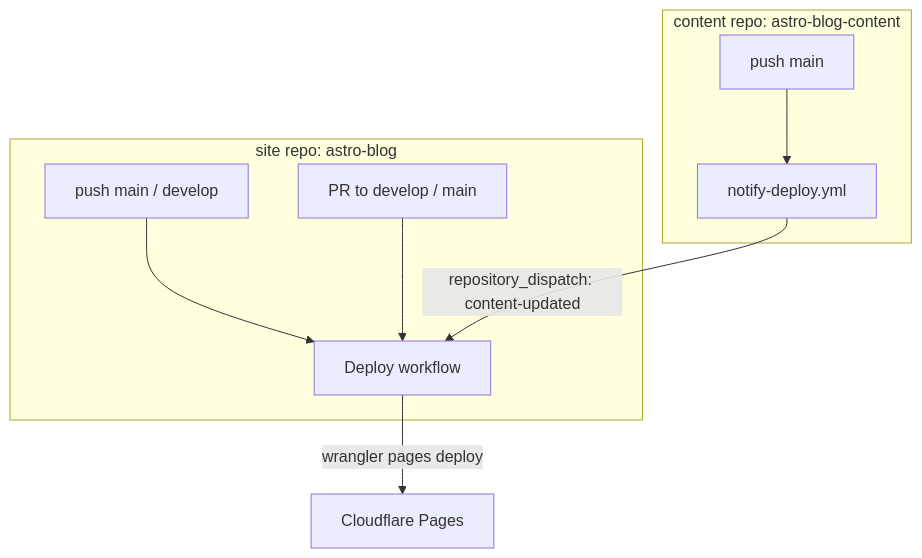
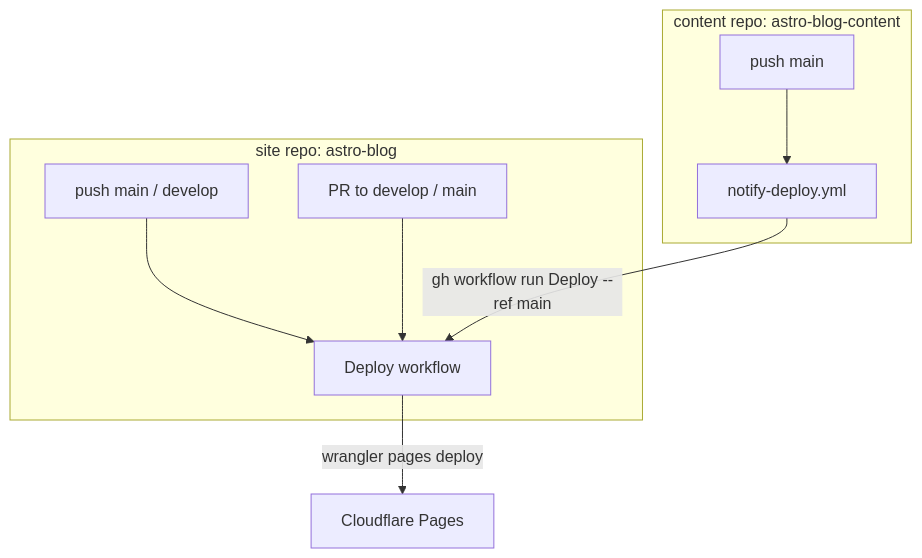
Before and after one commit to kato-kyo/astro-blog: the diagram in docs/requirements.md, drawn with Mermaid. The commit also changed other lines of this file and 2 other files, not shown here.

First line of the commit message:
fix(ci): content→site 通知を workflow_dispatch --ref main に変更

````diff
--- a/docs/requirements.md
+++ b/docs/requirements.md
@@ -406,19 +406,19 @@
 ```mermaid
 flowchart TB
   subgraph content[content repo: astro-blog-content]
     CP[push main]
     CW[notify-deploy.yml]
     CP --> CW
   end
 
   subgraph site[site repo: astro-blog]
     SP[push main / develop]
     SPR[PR to develop / main]
     DPL[Deploy workflow]
     SP --> DPL
     SPR --> DPL
   end
 
-  CW -- "repository_dispatch: content-updated" --> DPL
+  CW -- "gh workflow run Deploy --ref main" --> DPL
   DPL -->|wrangler pages deploy| CF[Cloudflare Pages]
 ```
````
